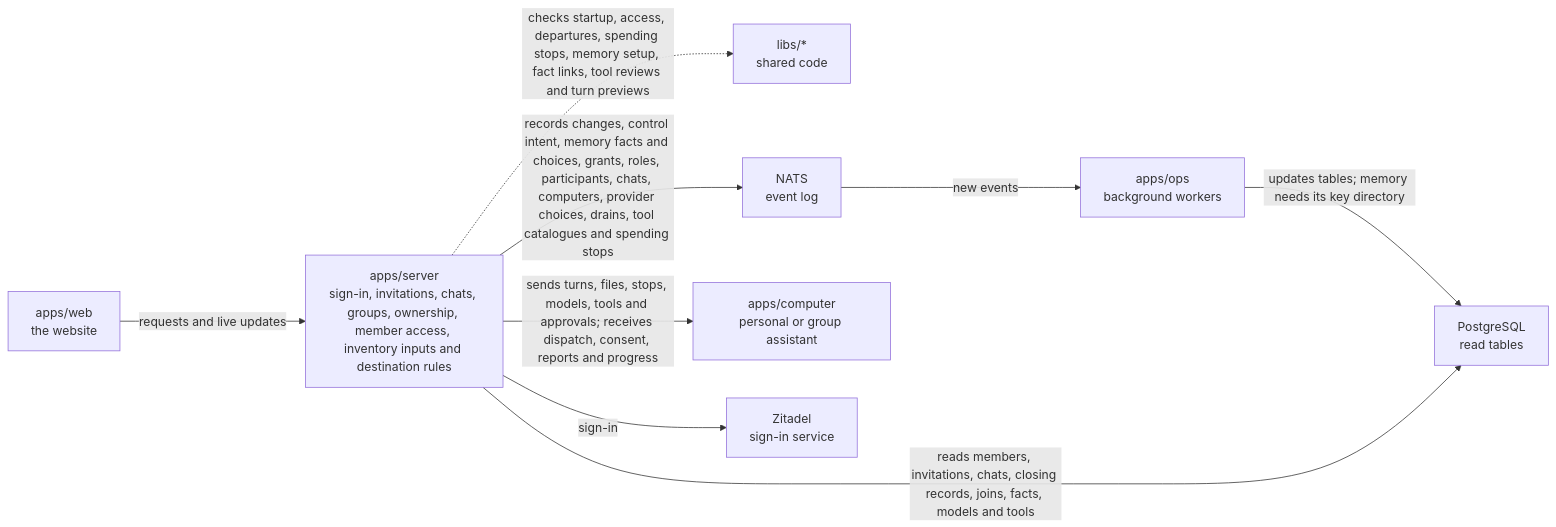
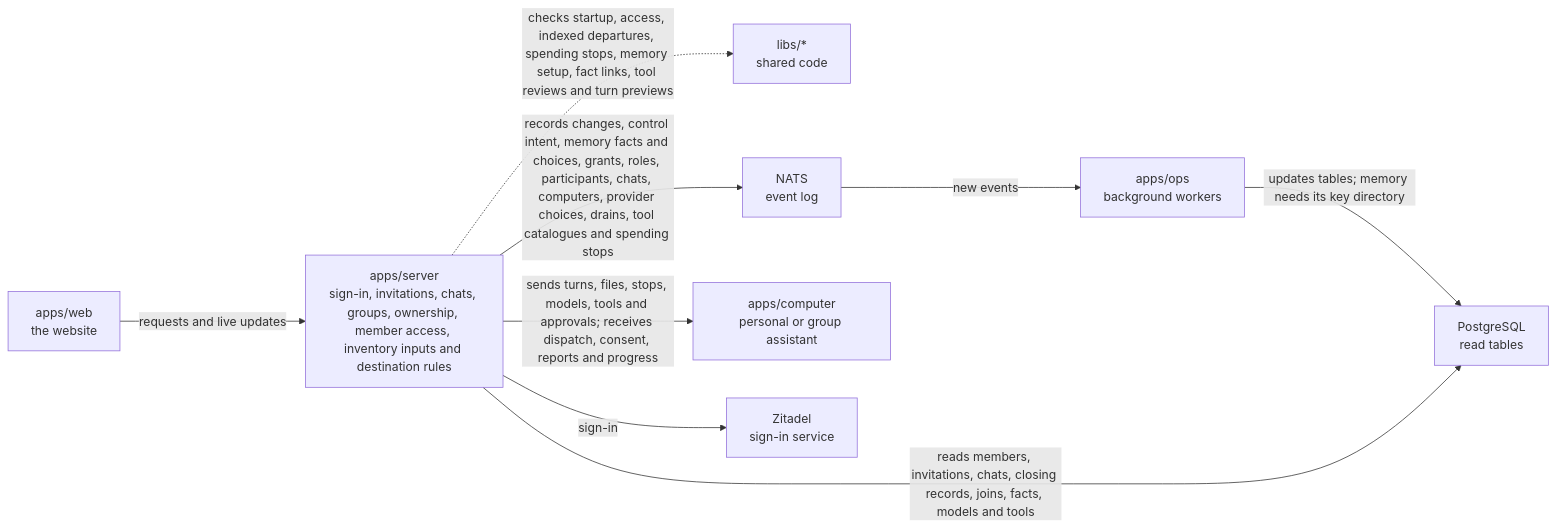
Before and after one commit to elewa-git/opencrane-new: the diagram in apps/server/README.md, drawn with Mermaid. The commit also changed other lines of this file and 15 other files, not shown here.

````diff
--- a/apps/server/README.md
+++ b/apps/server/README.md
@@ -11,11 +11,11 @@
 ```mermaid
 flowchart LR
   web["apps/web<br/>the website"] -->|requests and live updates| server["apps/server<br/>sign-in, invitations, chats, groups, ownership, member access, inventory inputs and destination rules"]
-  server -.->|checks startup, access, departures, spending stops, memory setup, fact links, tool reviews and turn previews| libs["libs/*<br/>shared code"]
+  server -.->|checks startup, access, indexed departures, spending stops, memory setup, fact links, tool reviews and turn previews| libs["libs/*<br/>shared code"]
   server -->|records changes, control intent, memory facts and choices, grants, roles, participants, chats, computers, provider choices, drains, tool catalogues and spending stops| nats["NATS<br/>event log"]
   nats -->|new events| ops["apps/ops<br/>background workers"]
   ops -->|updates tables; memory needs its key directory| postgres["PostgreSQL<br/>read tables"]
   server -->|reads members, invitations, chats, closing records, joins, facts, models and tools| postgres
   server -->|sends turns, files, stops, models, tools and approvals; receives dispatch, consent, reports and progress| computer["apps/computer<br/>personal or group assistant"]
   server -->|sign-in| zitadel["Zitadel<br/>sign-in service"]
 ```
````
